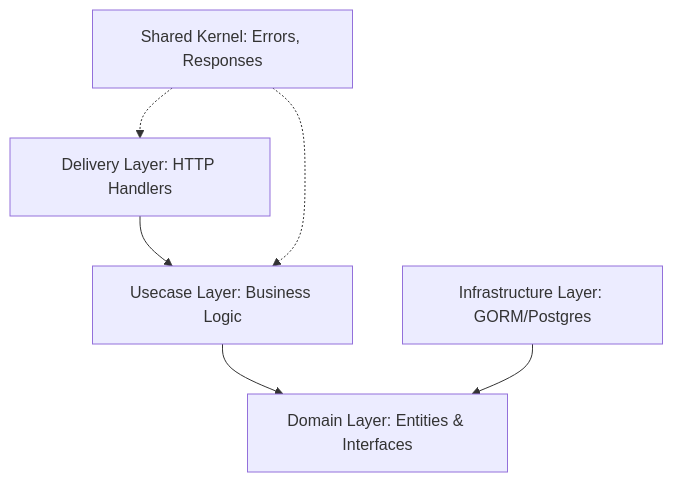
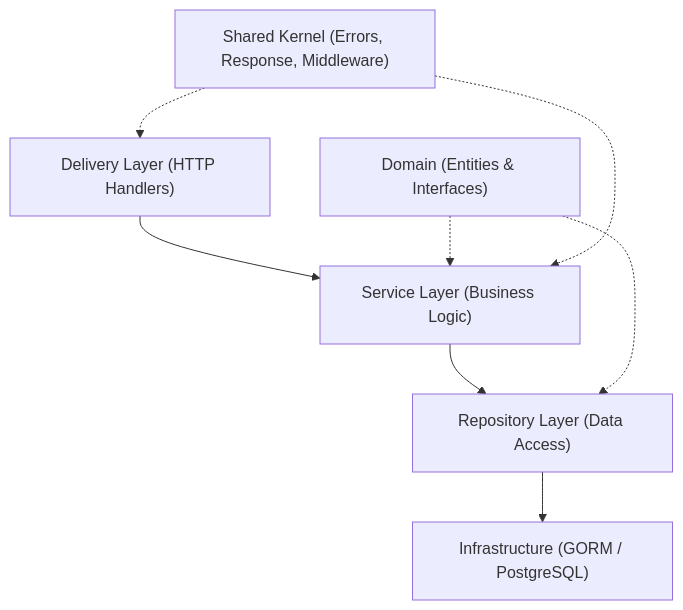
One commit to saul-paulus/gia-starter-app-v1 changed the diagram in README.md. Above: the diagram before and after it, drawn with Mermaid. The commit also changed other lines of this file and 23 other files, not shown here.

````diff
--- a/README.md
+++ b/README.md
@@ -133,8 +69,10 @@
 ```mermaid
 graph TD
-    Delivery[Delivery Layer: HTTP Handlers] --> Usecase[Usecase Layer: Business Logic]
-    Usecase --> Domain[Domain Layer: Entities & Interfaces]
-    Infrastructure[Infrastructure Layer: GORM/Postgres] --> Domain
-    Shared[Shared Kernel: Errors, Responses] -.-> Delivery
-    Shared -.-> Usecase
+    Delivery["Delivery Layer (HTTP Handlers)"] --> Service["Service Layer (Business Logic)"]
+    Service --> Repository["Repository Layer (Data Access)"]
+    Repository --> DB["Infrastructure (GORM / PostgreSQL)"]
+    Domain["Domain (Entities & Interfaces)"] -.-> Service
+    Domain -.-> Repository
+    Shared["Shared Kernel (Errors, Response, Middleware)"] -.-> Delivery
+    Shared -.-> Service
 ```
````
